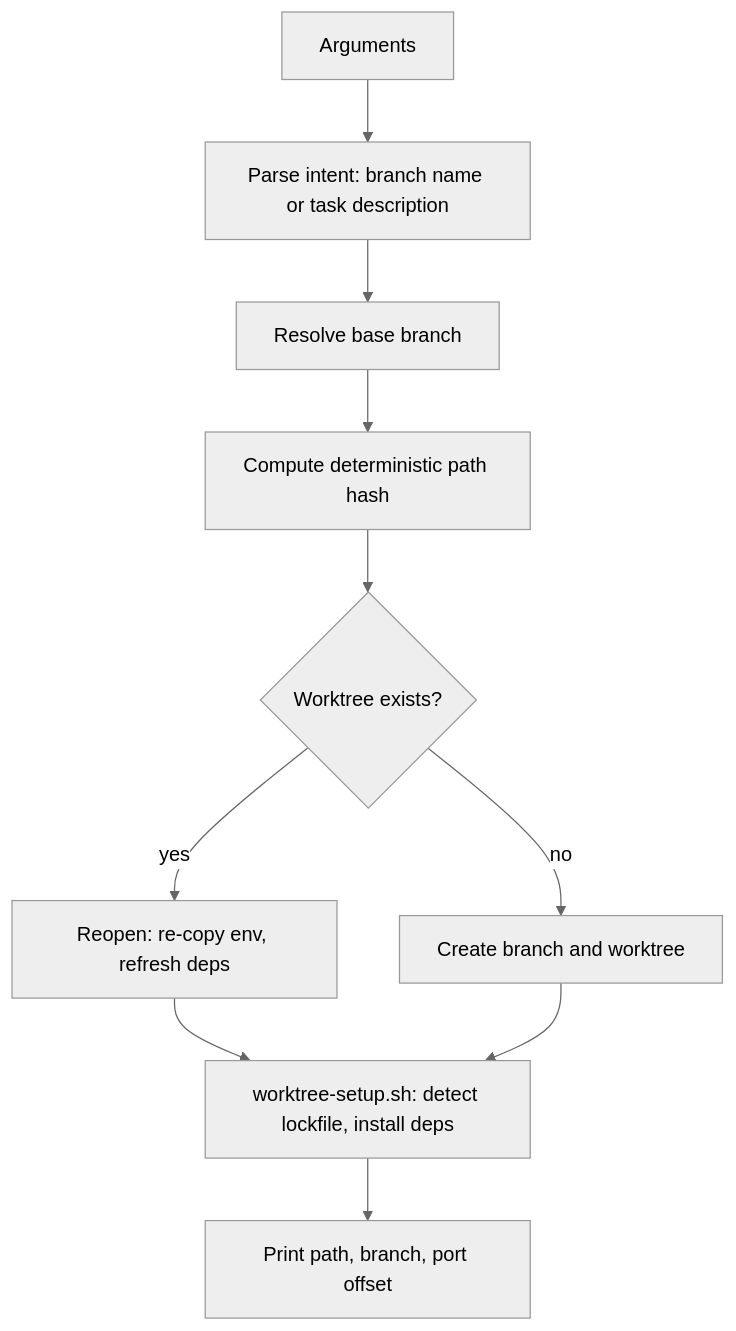
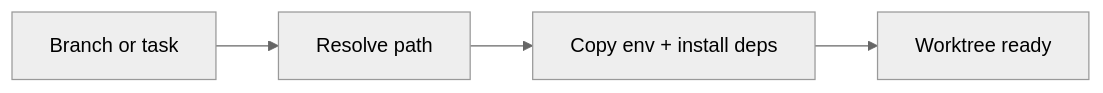
Before and after one commit to marcoskichel/elevator-pitch-skill: the first of 7 diagrams in plugins/empire-git/README.md, drawn with Mermaid (neutral theme). The commit also changed other lines of this file and 5 other files, not shown here.

First line of the commit message:
docs: simplify per-skill diagrams to horizontal high-level flow

````diff
--- a/plugins/empire-git/README.md
+++ b/plugins/empire-git/README.md
@@ -30,12 +30,6 @@
 ```mermaid
-flowchart TD
-  args[Arguments] --> parse[Parse intent: branch name or task description]
-  parse --> base[Resolve base branch]
-  base --> hash[Compute deterministic path hash]
-  hash --> exists{Worktree exists?}
-  exists -- yes --> reopen[Reopen: re-copy env, refresh deps]
-  exists -- no --> create[Create branch and worktree]
-  reopen --> setup[worktree-setup.sh: detect lockfile, install deps]
-  create --> setup
-  setup --> out[Print path, branch, port offset]
+flowchart LR
+  args[Branch or task] --> resolve[Resolve path]
+  resolve --> setup[Copy env + install deps]
+  setup --> open[Worktree ready]
 ```
````
